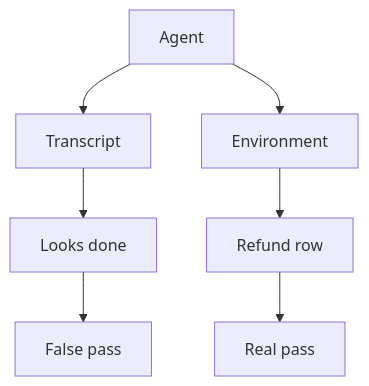
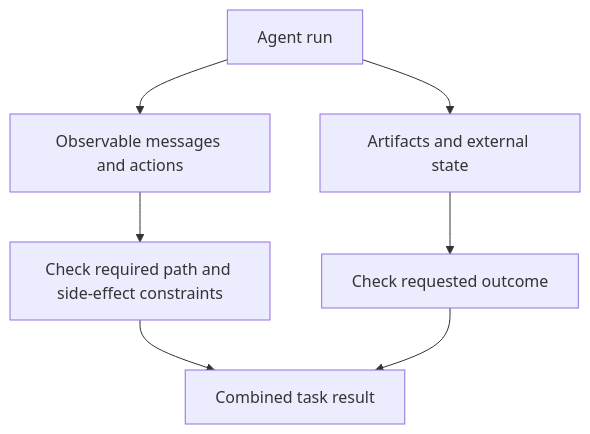
Before and after one commit to jdodsoncollins/study-material: the diagram in lessons/ai-agents/outcome-vs-transcript/viz/grade.md, drawn with Mermaid. The commit also changed 175 other files, not shown here.

````diff
--- a/lessons/ai-agents/outcome-vs-transcript/viz/grade.md
+++ b/lessons/ai-agents/outcome-vs-transcript/viz/grade.md
@@ -3,9 +3,9 @@
 ```mermaid
 flowchart TB
-  agent[Agent] --> talk[Transcript]
-  agent --> world[Environment]
-  talk --> maybe[Looks done]
-  world --> truth[Refund row]
-  maybe --> wrong[False pass]
-  truth --> real[Real pass]
+  run[Agent run] --> talk[Observable messages and actions]
+  run --> world[Artifacts and external state]
+  talk --> constraints[Check required path and side-effect constraints]
+  world --> outcome[Check requested outcome]
+  constraints --> result[Combined task result]
+  outcome --> result
 ```
````
